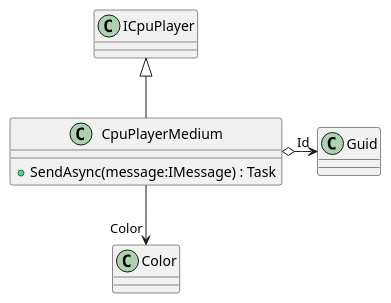
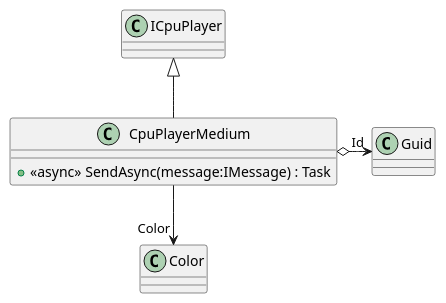
The diagram in Uml/MadnServer/Player/CpuPlayerMedium.puml (denmasch/Mensch-aergere-dich-nicht), drawn with PlantUML before and after one commit. The commit also changed 19 other files, not shown here.

Commit message:
refresh uml diagrams

```diff
--- a/Uml/MadnServer/Player/CpuPlayerMedium.puml
+++ b/Uml/MadnServer/Player/CpuPlayerMedium.puml
@@ -1,8 +1,8 @@
 @startuml
 class CpuPlayerMedium {
-    + SendAsync(message:IMessage) : Task
+    + <<async>> SendAsync(message:IMessage) : Task
 }
 ICpuPlayer <|-- CpuPlayerMedium
 CpuPlayerMedium --> "Color" Color
 CpuPlayerMedium o-> "Id" Guid
 @enduml
```
